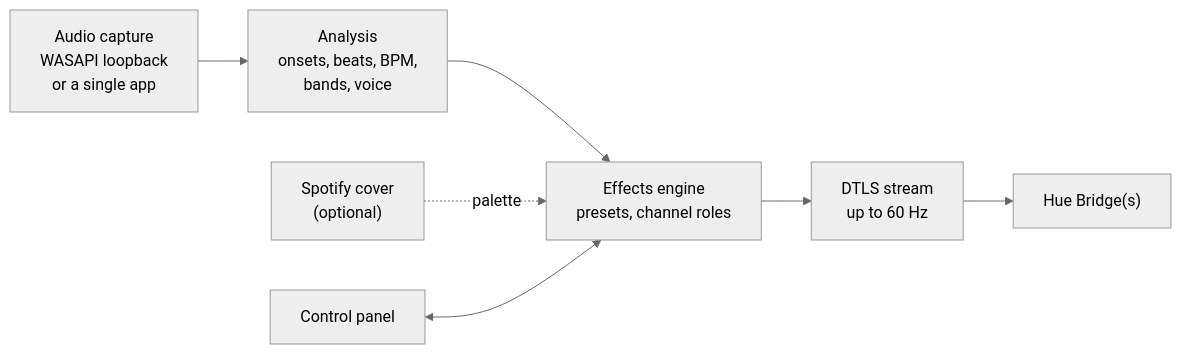
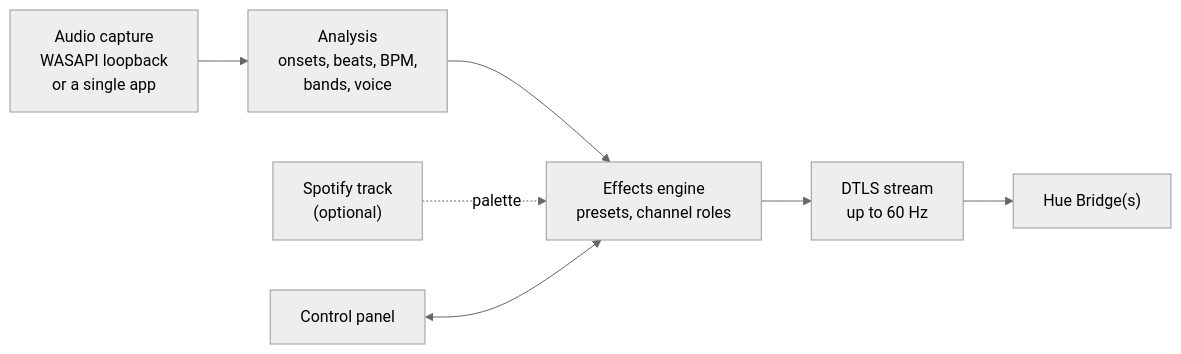
Before and after one commit to ArzMat/Huebeat: the diagram in README.md, drawn with Mermaid (neutral theme). The commit also changed other lines of this file and 16 other files, not shown here.

````diff
--- a/README.md
+++ b/README.md
@@ -32,8 +32,8 @@
 ```mermaid
 flowchart LR
     audio["Audio capture<br>WASAPI loopback<br>or a single app"] --> analysis["Analysis<br>onsets, beats, BPM,<br>bands, voice"]
     analysis --> effects["Effects engine<br>presets, channel roles"]
-    spotify["Spotify cover<br>(optional)"] -. "palette" .-> effects
+    spotify["Spotify track<br>(optional)"] -. "palette" .-> effects
     panel["Control panel"] <--> effects
     effects --> dtls["DTLS stream<br>up to 60 Hz"] --> bridge["Hue Bridge(s)"]
 ```
````
